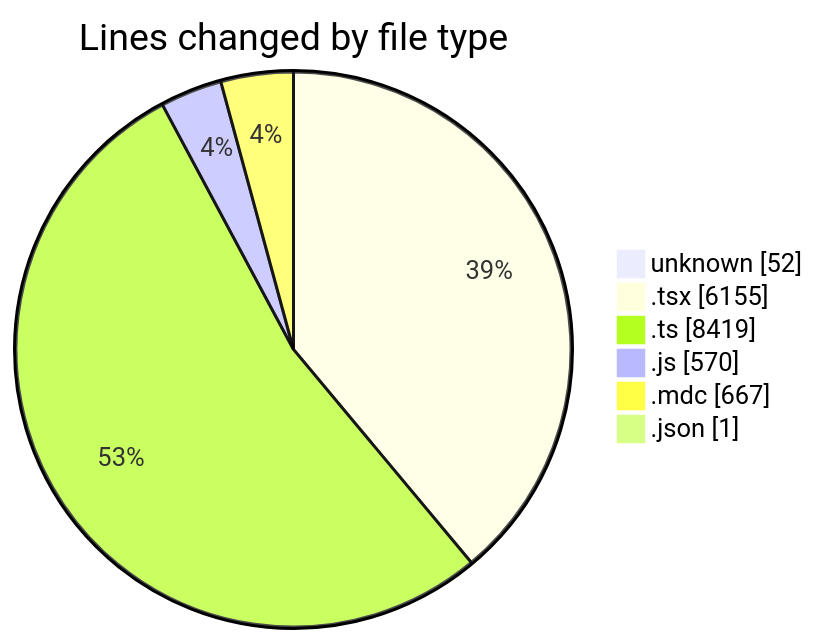
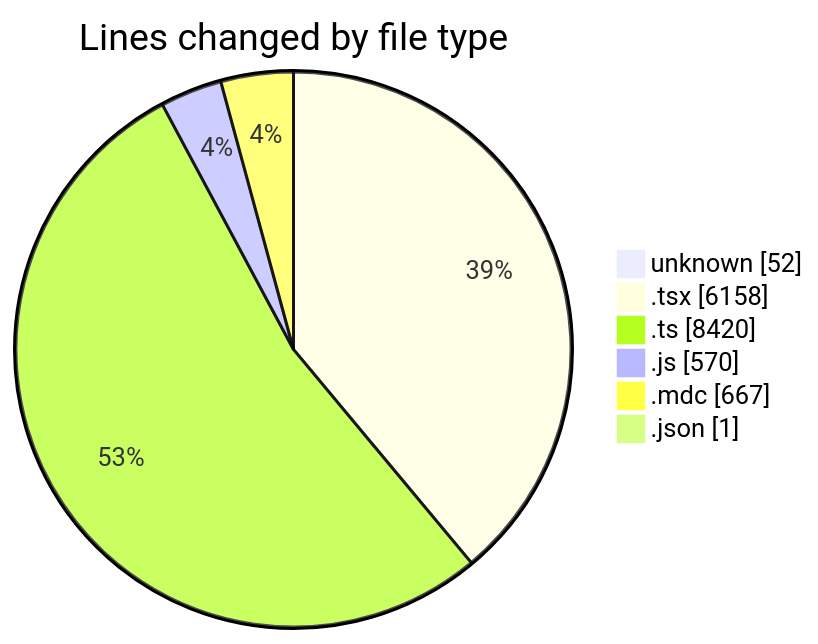
One commit to CELIANVF/code-tracking changed the first of 2 diagrams in 2025-06-02/ecodeli-1/README.md. Above: the diagram before and after it, drawn with Mermaid. The commit also changed other lines of this file and 1 other file, not shown here.

````diff
--- a/2025-06-02/ecodeli-1/README.md
+++ b/2025-06-02/ecodeli-1/README.md
@@ -70,10 +74,10 @@
 ```mermaid
 pie showData
 title Lines changed by file type
 "unknown" : 52
-".tsx" : 6155
-".ts" : 8419
+".tsx" : 6158
+".ts" : 8420
 ".js" : 570
 ".mdc" : 667
 ".json" : 1
 ```
````
